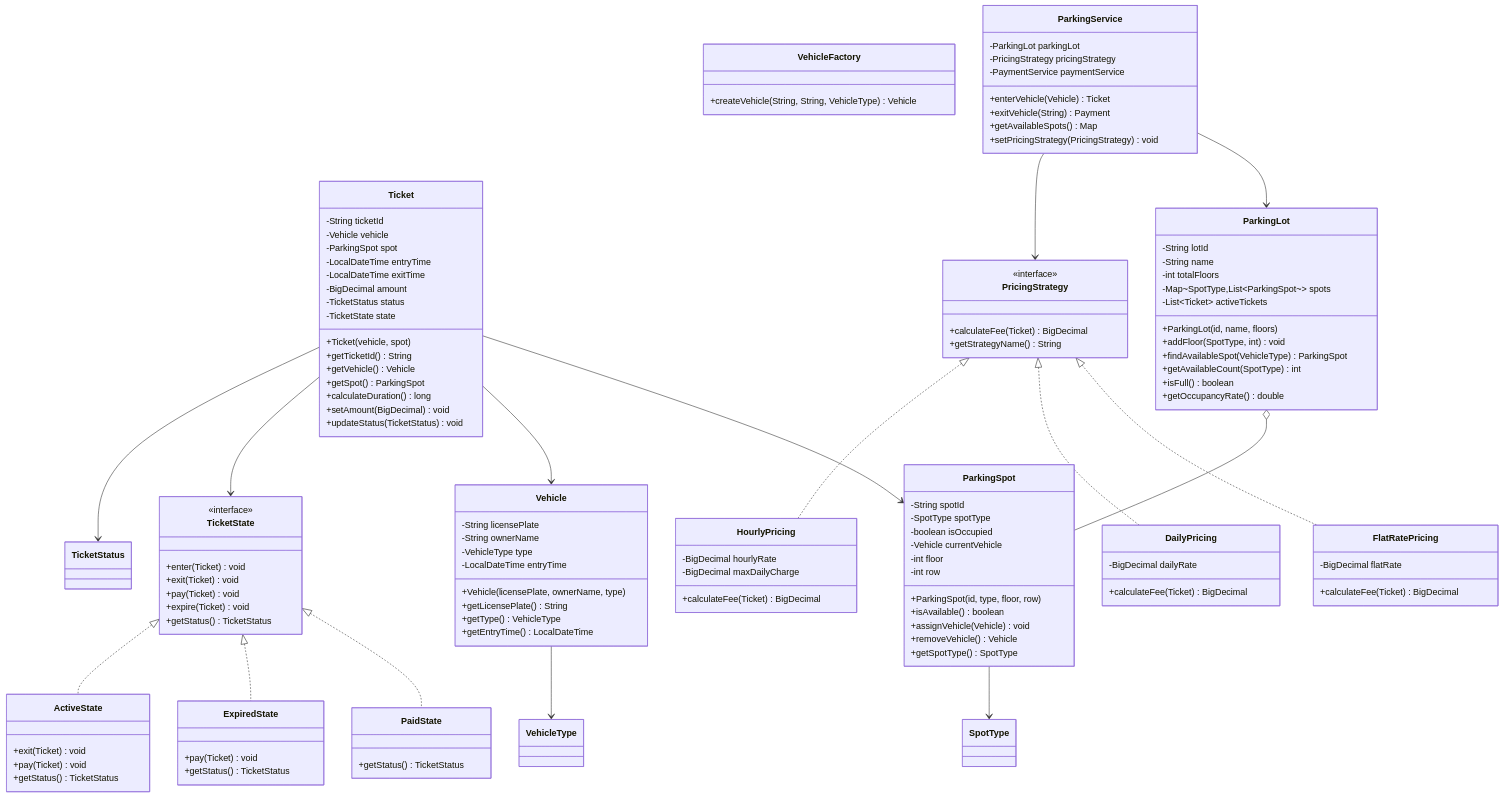
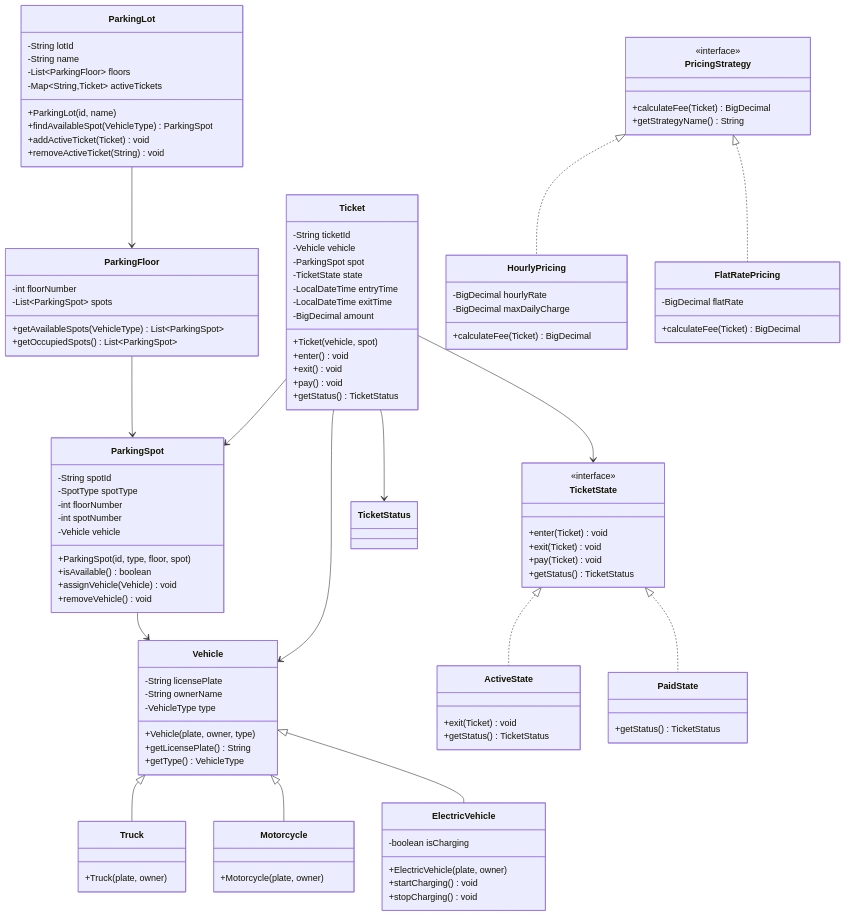
Before and after one commit to javaengineeringacademy/java-engineering-academy: the second of 2 diagrams in 01-programming-languages/Java/02-oop/33-mini-projects/advanced/parking-lot/README.md, drawn with Mermaid. The commit also changed other lines of this file and 48 other files, not shown here.

First line of the commit message:
fix: final polish for 10/10 - split long READMEs, fix duplicates, add diagrams

````diff
--- a/01-programming-languages/Java/02-oop/33-mini-projects/advanced/parking-lot/README.md
+++ b/01-programming-languages/Java/02-oop/33-mini-projects/advanced/parking-lot/README.md
@@ -143,57 +151,69 @@
         -String licensePlate
         -String ownerName
         -VehicleType type
-        -LocalDateTime entryTime
-        +Vehicle(licensePlate, ownerName, type)
+        +Vehicle(plate, owner, type)
         +getLicensePlate() String
         +getType() VehicleType
-        +getEntryTime() LocalDateTime
+    }
+    
+    class Truck {
+        +Truck(plate, owner)
+    }
+    
+    class Motorcycle {
+        +Motorcycle(plate, owner)
+    }
+    
+    class ElectricVehicle {
+        -boolean isCharging
+        +ElectricVehicle(plate, owner)
+        +startCharging() void
+        +stopCharging() void
+    }
+    
+    class ParkingLot {
+        -String lotId
+        -String name
+        -List~ParkingFloor~ floors
+        -Map~String,Ticket~ activeTickets
+        +ParkingLot(id, name)
+        +findAvailableSpot(VehicleType) ParkingSpot
+        +addActiveTicket(Ticket) void
+        +removeActiveTicket(String) void
+    }
+    
+    class ParkingFloor {
+        -int floorNumber
+        -List~ParkingSpot~ spots
+        +getAvailableSpots(VehicleType) List~ParkingSpot~
+        +getOccupiedSpots() List~ParkingSpot~
     }
     
     class ParkingSpot {
         -String spotId
         -SpotType spotType
-        -boolean isOccupied
-        -Vehicle currentVehicle
-        -int floor
-        -int row
-        +ParkingSpot(id, type, floor, row)
+        -int floorNumber
+        -int spotNumber
+        -Vehicle vehicle
+        +ParkingSpot(id, type, floor, spot)
         +isAvailable() boolean
         +assignVehicle(Vehicle) void
-        +removeVehicle() Vehicle
-        +getSpotType() SpotType
+        +removeVehicle() void
     }
     
     class Ticket {
         -String ticketId
         -Vehicle vehicle
         -ParkingSpot spot
+        -TicketState state
         -LocalDateTime entryTime
         -LocalDateTime exitTime
         -BigDecimal amount
-        -TicketStatus status
-        -TicketState state
         +Ticket(vehicle, spot)
-        +getTicketId() String
-        +getVehicle() Vehicle
-        +getSpot() ParkingSpot
-        +calculateDuration() long
-        +setAmount(BigDecimal) void
-        +updateStatus(TicketStatus) void
-    }
-    
-    class ParkingLot {
-        -String lotId
-        -String name
-        -int totalFloors
-        -Map~SpotType,List~ParkingSpot~~ spots
-        -List~Ticket~ activeTickets
-        +ParkingLot(id, name, floors)
-        +addFloor(SpotType, int) void
-        +findAvailableSpot(VehicleType) ParkingSpot
-        +getAvailableCount(SpotType) int
-        +isFull() boolean
-        +getOccupancyRate() double
+        +enter() void
+        +exit() void
+        +pay() void
+        +getStatus() TicketStatus
     }
     
     class PricingStrategy {
@@ -208,11 +228,6 @@
         +calculateFee(Ticket) BigDecimal
     }
     
-    class DailyPricing {
-        -BigDecimal dailyRate
-        +calculateFee(Ticket) BigDecimal
-    }
-    
     class FlatRatePricing {
         -BigDecimal flatRate
         +calculateFee(Ticket) BigDecimal
@@ -223,18 +238,11 @@
         +enter(Ticket) void
         +exit(Ticket) void
         +pay(Ticket) void
-        +expire(Ticket) void
         +getStatus() TicketStatus
     }
     
     class ActiveState {
         +exit(Ticket) void
-        +pay(Ticket) void
-        +getStatus() TicketStatus
-    }
-    
-    class ExpiredState {
-        +pay(Ticket) void
         +getStatus() TicketStatus
     }
     
@@ -242,33 +250,18 @@
         +getStatus() TicketStatus
     }
     
-    class VehicleFactory {
-        +createVehicle(String, String, VehicleType) Vehicle
-    }
-    
-    class ParkingService {
-        -ParkingLot parkingLot
-        -PricingStrategy pricingStrategy
-        -PaymentService paymentService
-        +enterVehicle(Vehicle) Ticket
-        +exitVehicle(String) Payment
-        +getAvailableSpots() Map
-        +setPricingStrategy(PricingStrategy) void
-    }
-    
-    Vehicle --> VehicleType
-    ParkingSpot --> SpotType
-    Ticket --> TicketStatus
-    Ticket --> TicketState
+    Vehicle <|-- Truck
+    Vehicle <|-- Motorcycle
+    Vehicle <|-- ElectricVehicle
+    ParkingLot --> ParkingFloor
+    ParkingFloor --> ParkingSpot
+    ParkingSpot --> Vehicle
     Ticket --> Vehicle
     Ticket --> ParkingSpot
-    ParkingLot o-- ParkingSpot
+    Ticket --> TicketState
+    Ticket --> TicketStatus
     PricingStrategy <|.. HourlyPricing
-    PricingStrategy <|.. DailyPricing
     PricingStrategy <|.. FlatRatePricing
     TicketState <|.. ActiveState
-    TicketState <|.. ExpiredState
     TicketState <|.. PaidState
-    ParkingService --> PricingStrategy
-    ParkingService --> ParkingLot
 ```
````
